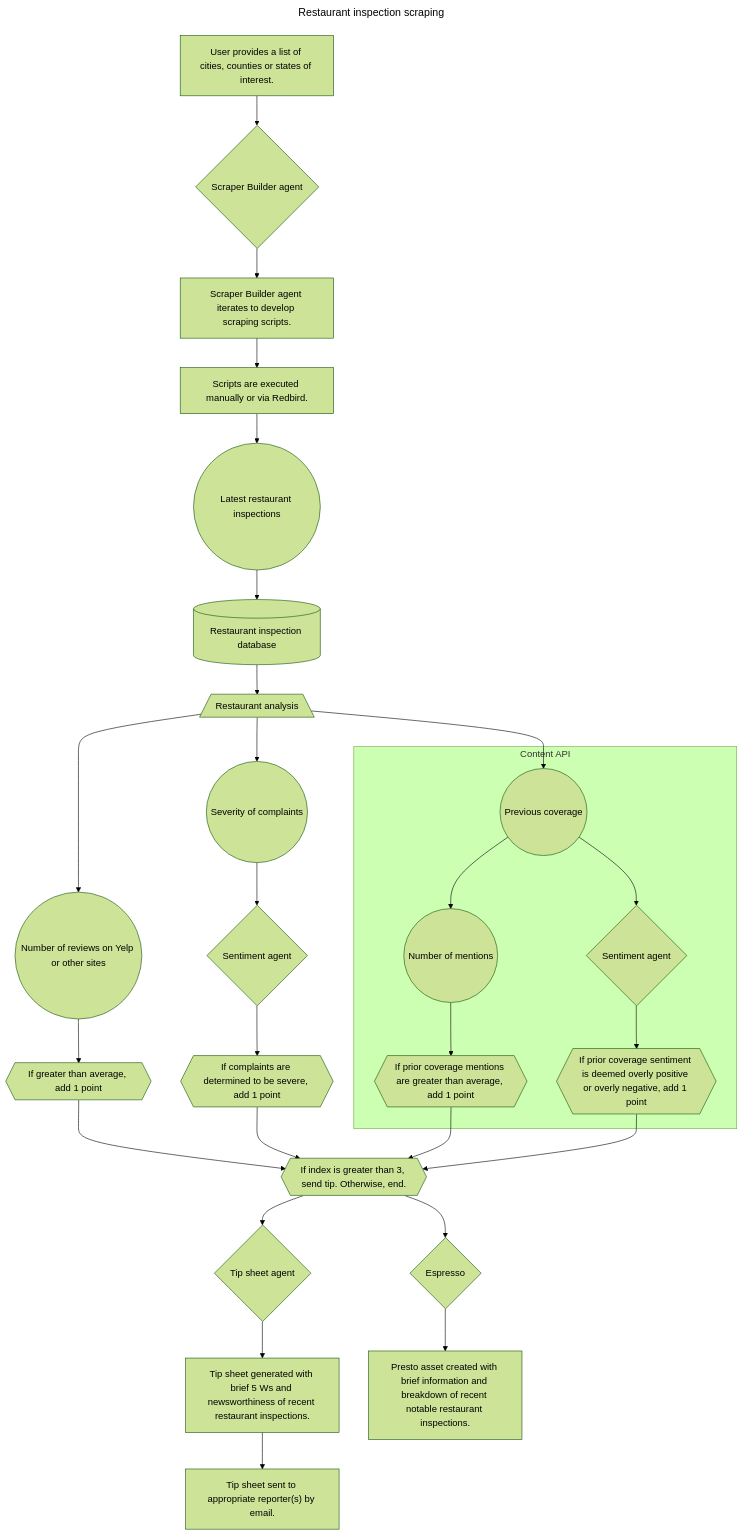
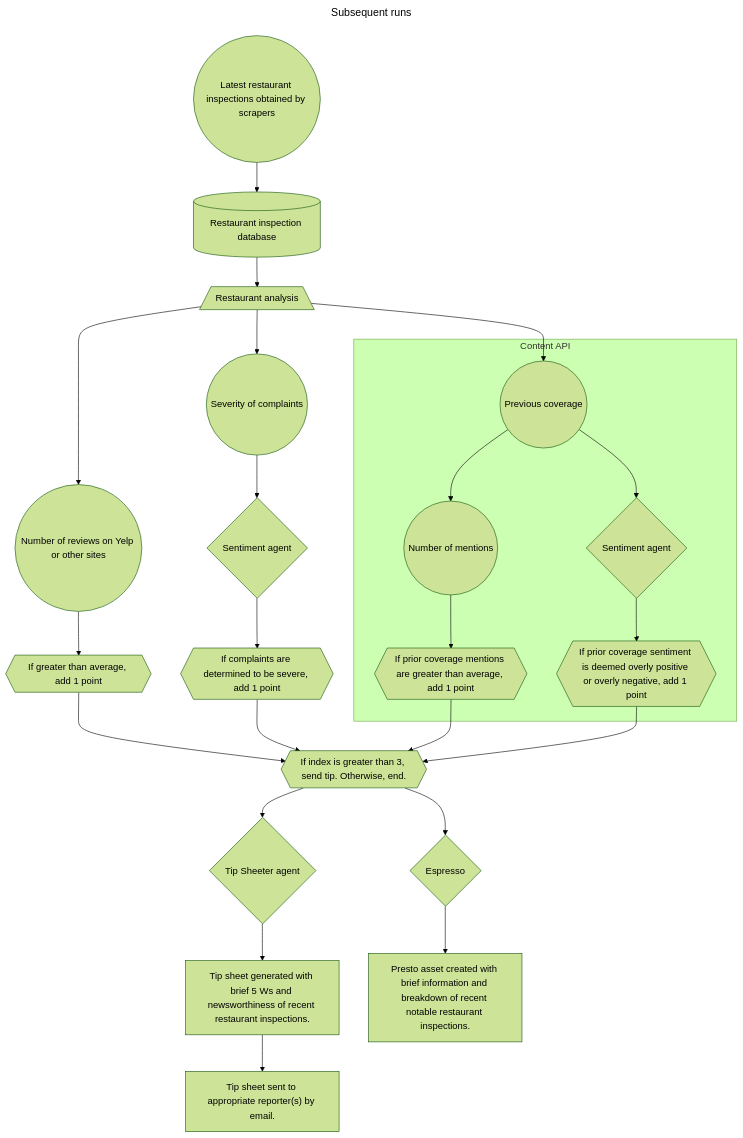
The second of 4 diagrams in README.md (davidferrara23/usat-restaurant-inspections-demo), drawn with Mermaid (forest theme) before and after one commit. The commit also changed other lines of this file, not shown here.

Commit message:
update README with first workflow charts

````diff
--- a/README.md
+++ b/README.md
@@ -5,57 +21,48 @@
 ```mermaid
 ---
-title: Restaurant inspection scraping
+title: Subsequent runs
 ---
 flowchart TB
-    1[User provides a list of cities, counties or states of interest.]
-    2{Scraper Builder agent}
-    3[Scraper Builder agent iterates to develop scraping scripts.]
-    4[Scripts are executed manually or via Redbird.]
-    5((Latest restaurant inspections))
+    5((Latest restaurant inspections obtained by scrapers))
     6[(Restaurant inspection database)]
     7[/Restaurant analysis\]
     7a((Number of reviews on Yelp or other sites))
     7aa{{If greater than average, add 1 point}}    
     7b2((Previous coverage))    
     7ba((Number of mentions))    
     7baa{{If prior coverage mentions are greater than average, add 1 point}}
     7bb{Sentiment agent}
     7bba{{If prior coverage sentiment is deemed overly positive or overly negative, add 1 point}}                      
     7c((Severity of complaints))
     7ca{Sentiment agent}
     7cb{{If complaints are determined to be severe, add 1 point}}
     8{{If index is greater than 3, send tip. Otherwise, end.}}                                            
-    9{Tip sheet agent}
+    9{Tip Sheeter agent}
     10[Tip sheet generated with brief 5 Ws and newsworthiness of recent restaurant inspections.]
     9a{Espresso}
     9aa[Presto asset created with brief information and breakdown of recent notable restaurant inspections.]
     11["Tip sheet sent to appropriate reporter(s) by email."]
-              
-1-->2
-2-->3
-3-->4
-4-->5
 5-->6
 6-->7
 7-->7a
 7-->7b2
 7-->7c
 7a-->7aa
 subgraph Content API
 7b2-->7ba
 7ba-->7baa
 7bb-->7bba
 7b2-->7bb
 end
 7c-->7ca
 7ca-->7cb
 7aa-->8
 7cb-->8
 7baa-->8
 7bba-->8
 8-->9
 8-->9a
 9a-->9aa
 9-->10
 10-->11    
 ```
````
